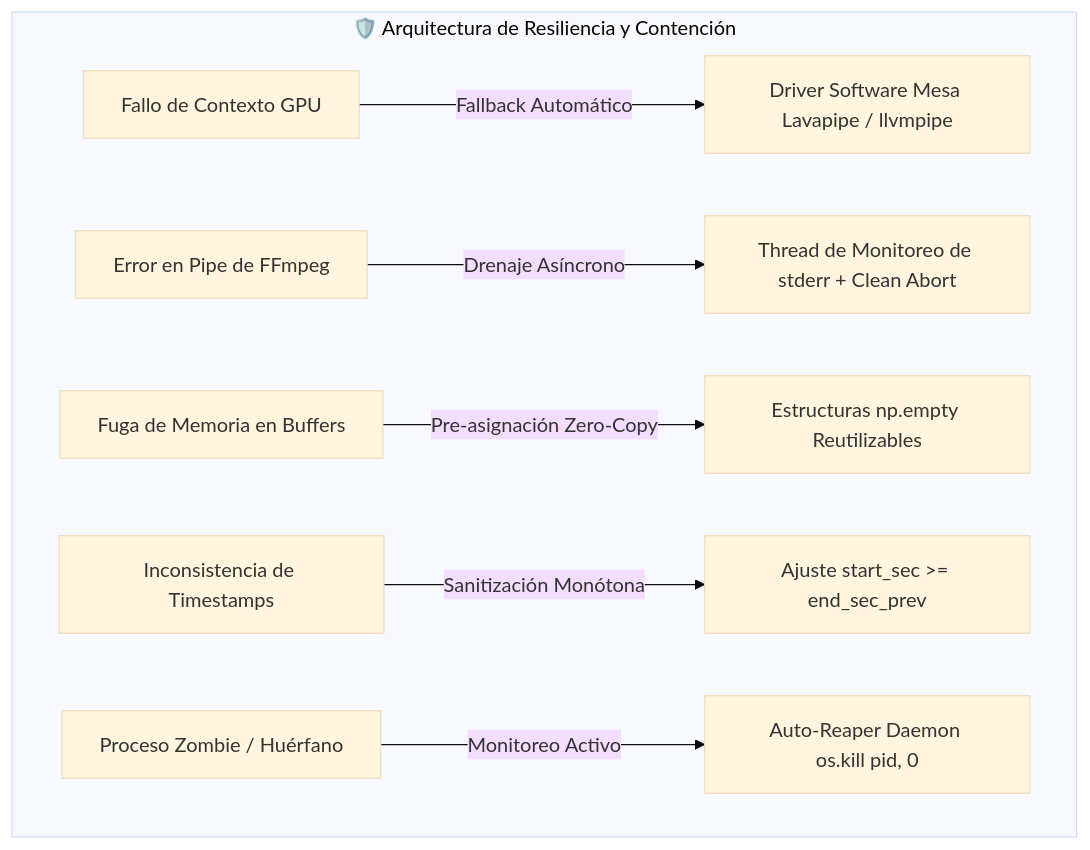
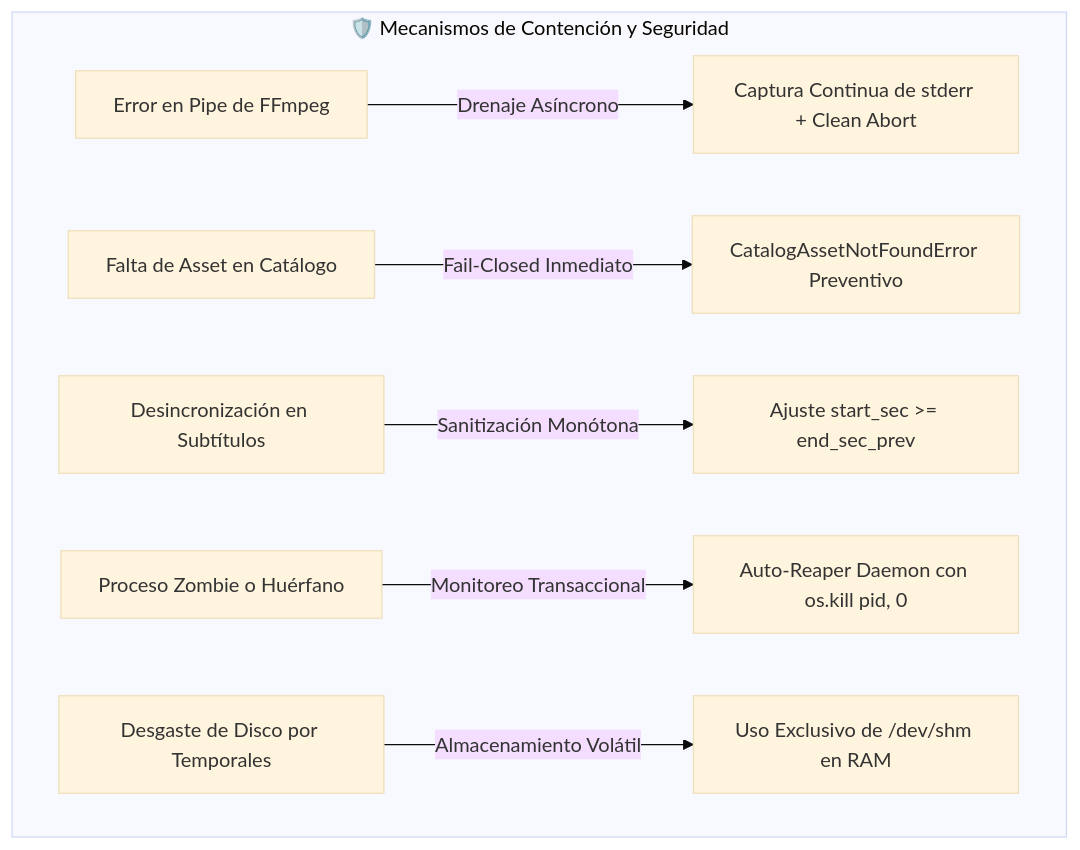
One commit to soyaelithia-ui/yt-auto changed the fifth of 5 diagrams in docs/PLAN_MAESTRO_PIPELINE_VISUAL.md. Above: the diagram before and after it, drawn with Mermaid (base theme). The commit also changed other lines of this file and 15 other files, not shown here.

````diff
--- a/docs/PLAN_MAESTRO_PIPELINE_VISUAL.md
+++ b/docs/PLAN_MAESTRO_PIPELINE_VISUAL.md
@@ -509,10 +297,10 @@
 ```mermaid
 graph TD
-    subgraph RESILIENCIA["🛡️ Arquitectura de Resiliencia y Contención"]
-        M1[Fallo de Contexto GPU] -->|Fallback Automático| R1[Driver Software Mesa Lavapipe / llvmpipe]
-        M2[Error en Pipe de FFmpeg] -->|Drenaje Asíncrono| R2[Thread de Monitoreo de stderr + Clean Abort]
-        M3[Fuga de Memoria en Buffers] -->|Pre-asignación Zero-Copy| R3[Estructuras np.empty Reutilizables]
-        M4[Inconsistencia de Timestamps] -->|Sanitización Monótona| R4[Ajuste start_sec >= end_sec_prev]
-        M5[Proceso Zombie / Huérfano] -->|Monitoreo Activo| R5[Auto-Reaper Daemon os.kill pid, 0]
+    subgraph RESILIENCIA["🛡️ Mecanismos de Contención y Seguridad"]
+        M1[Error en Pipe de FFmpeg] -->|Drenaje Asíncrono| R1[Captura Continua de stderr + Clean Abort]
+        M2[Falta de Asset en Catálogo] -->|Fail-Closed Inmediato| R2[CatalogAssetNotFoundError Preventivo]
+        M3[Desincronización en Subtítulos] -->|Sanitización Monótona| R3[Ajuste start_sec >= end_sec_prev]
+        M4[Proceso Zombie o Huérfano] -->|Monitoreo Transaccional| R4[Auto-Reaper Daemon con os.kill pid, 0]
+        M5[Desgaste de Disco por Temporales] -->|Almacenamiento Volátil| R5[Uso Exclusivo de /dev/shm en RAM]
     end
 ```
````
